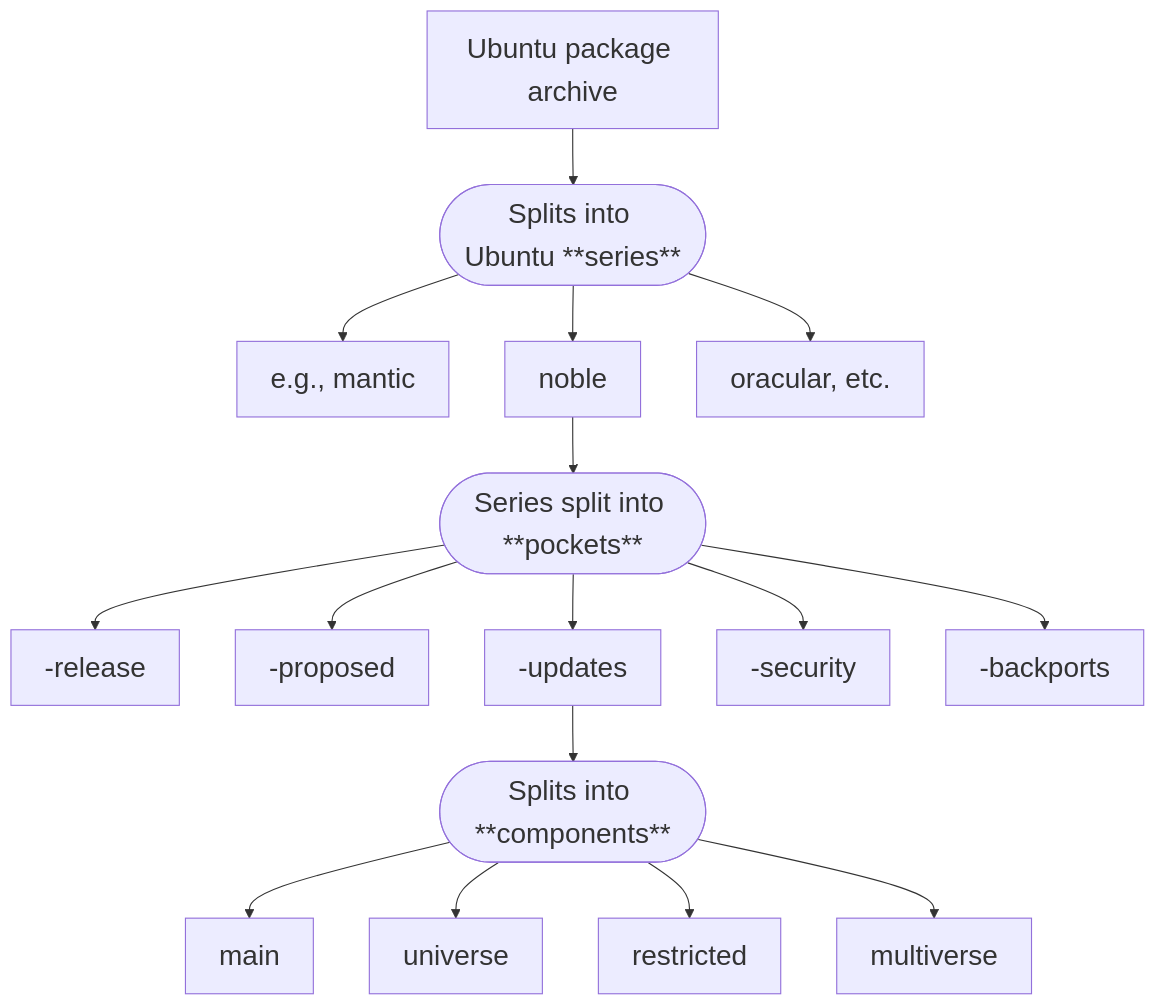
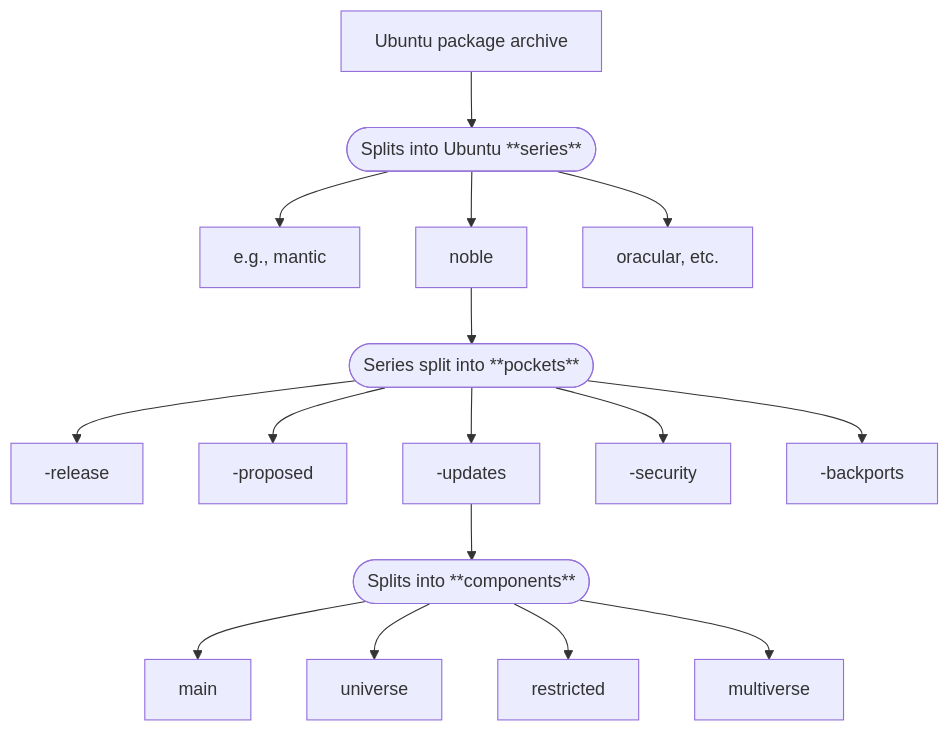
One commit to ubuntu/ubuntu-project-docs changed the diagram in docs/how-ubuntu-is-made/concepts/package-archive.rst. Above: the diagram before and after it, drawn with Mermaid. The commit also changed 17 other files, not shown here.

Commit message:
fix: remove hard-coded colors from mermaid diagrams for dark mode readability (fixes #694)

```diff
--- a/docs/how-ubuntu-is-made/concepts/package-archive.rst
+++ b/docs/how-ubuntu-is-made/concepts/package-archive.rst
@@ -12,27 +12,27 @@
 .. mermaid::
-   :align: center
 
    %%{init: {'themeVariables': {
-                'fontSize': '25px',
+                'fontSize': '1em',
                 'fontFamily': 'Ubuntu'}}}%%
+
     flowchart TD;
       A[Ubuntu package archive] --> B([Splits into Ubuntu **series**]);
 
       B --> C[e.g., mantic];
       B --> D[noble];
       B --> E[oracular, etc.];
 
       D --> H([Series split into **pockets**]);
 
       H --> I[-release];
       H --> J[-proposed];
       H --> K[-updates];
       H --> L[-security];
       H --> M[-backports];
 
       K --> N([Splits into **components**]);
 
       N --> O[main];
       N --> P[universe];
       N --> Q[restricted];
       N --> R[multiverse];
```
